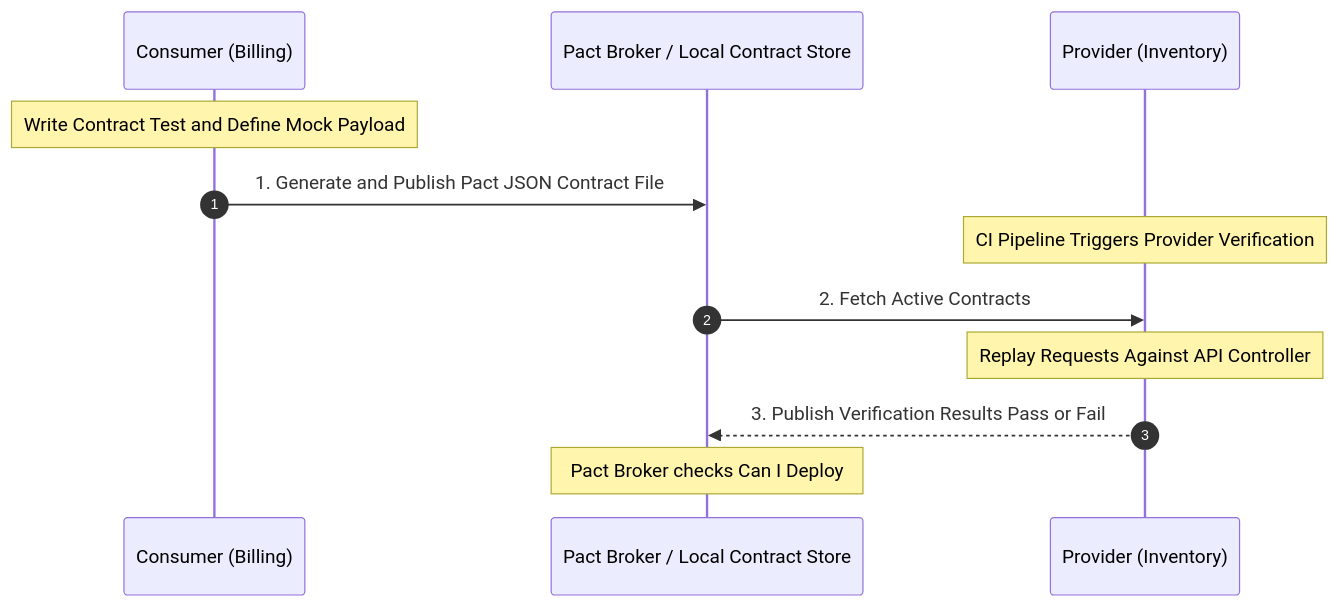
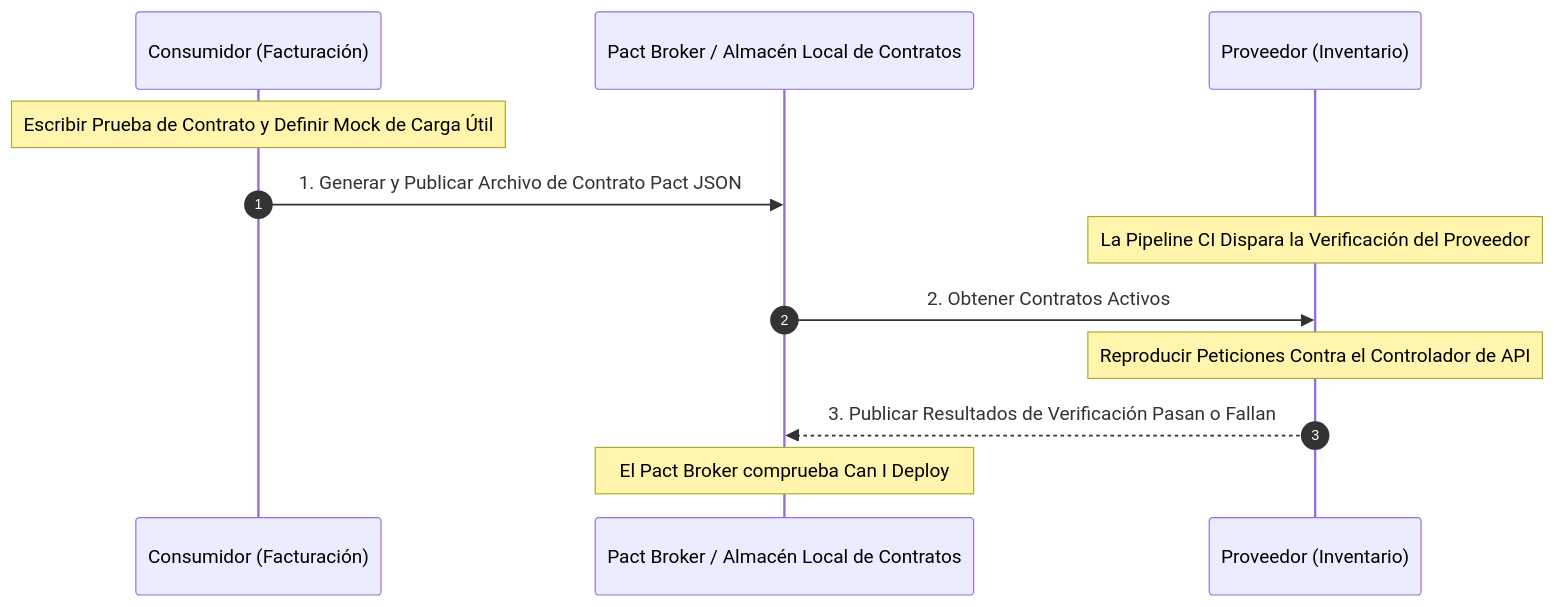
One commit to beyondnetcode/arc32_progresive_monolith changed the diagram in arc-corporate-ws/corporate-standards-es/03-engineering/contract-testing-guideline.md. Above: the diagram before and after it, drawn with Mermaid. The commit also changed other lines of this file and 89 other files, not shown here.

````diff
--- a/arc-corporate-ws/corporate-standards-es/03-engineering/contract-testing-guideline.md
+++ b/arc-corporate-ws/corporate-standards-es/03-engineering/contract-testing-guideline.md
@@ -19,15 +19,15 @@
 ```mermaid
 sequenceDiagram
     autonumber
-    participant Cons as Consumer (Billing)
-    participant Pact as Pact Broker / Local Contract Store
-    participant Prov as Provider (Inventory)
+    participant Cons as Consumidor (Facturación)
+    participant Pact as Pact Broker / Almacén Local de Contratos
+    participant Prov as Proveedor (Inventario)
 
-    Note over Cons: Write Contract Test and Define Mock Payload
-    Cons->>Pact: 1. Generate and Publish Pact JSON Contract File
-    Note over Prov: CI Pipeline Triggers Provider Verification
-    Pact->>Prov: 2. Fetch Active Contracts
-    Note over Prov: Replay Requests Against API Controller
-    Prov-->>Pact: 3. Publish Verification Results Pass or Fail
-    Note over Pact: Pact Broker checks Can I Deploy
+    Note over Cons: Escribir Prueba de Contrato y Definir Mock de Carga Útil
+    Cons->>Pact: 1. Generar y Publicar Archivo de Contrato Pact JSON
+    Note over Prov: La Pipeline CI Dispara la Verificación del Proveedor
+    Pact->>Prov: 2. Obtener Contratos Activos
+    Note over Prov: Reproducir Peticiones Contra el Controlador de API
+    Prov-->>Pact: 3. Publicar Resultados de Verificación Pasan o Fallan
+    Note over Pact: El Pact Broker comprueba Can I Deploy
 ```
````
